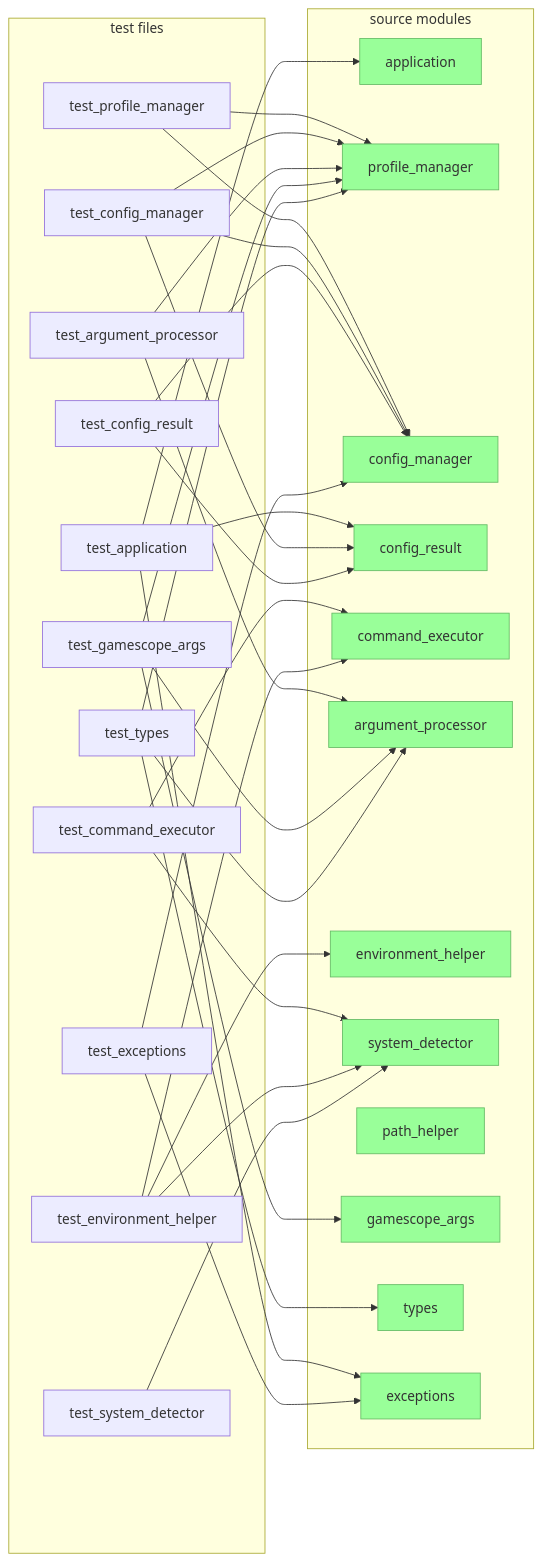
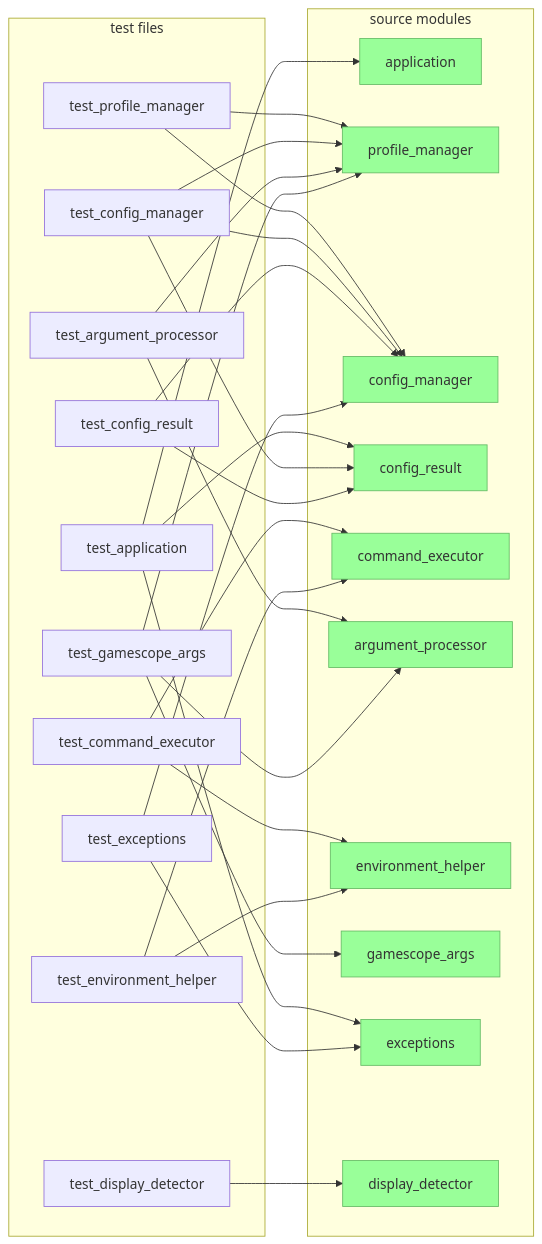
The first of 3 diagrams in tests/TEST_DESIGN.md (WombatFromHell/neoscopebuddy), drawn with Mermaid before and after one commit. The commit also changed other lines of this file and 26 other files, not shown here.

````diff
--- a/tests/TEST_DESIGN.md
+++ b/tests/TEST_DESIGN.md
@@ -7,81 +7,71 @@
 ```mermaid
 graph LR
     subgraph "source modules"
         application
         profile_manager
         config_manager
         config_result
         command_executor
         argument_processor
         environment_helper
-        system_detector
-        path_helper
         gamescope_args
-        types
         exceptions
+        display_detector
     end
 
     subgraph "test files"
         t_app["test_application"]
         t_prof["test_profile_manager"]
         t_cfg["test_config_manager"]
         t_cmd["test_command_executor"]
         t_arg["test_argument_processor"]
         t_env["test_environment_helper"]
-        t_sys["test_system_detector"]
         t_ga["test_gamescope_args"]
         t_cr["test_config_result"]
-        t_types["test_types"]
         t_exc["test_exceptions"]
+        t_dd["test_display_detector"]
     end
 
     t_app --> application
     t_app --> config_result
     t_app --> exceptions
 
     t_prof --> profile_manager
     t_prof --> config_manager
 
     t_cfg --> config_manager
     t_cfg --> config_result
     t_cfg --> profile_manager
 
     t_cmd --> command_executor
-    t_cmd --> system_detector
+    t_cmd --> environment_helper
 
     t_arg --> argument_processor
     t_arg --> profile_manager
 
     t_env --> environment_helper
     t_env --> command_executor
-    t_env --> system_detector
-
-    t_sys --> system_detector
 
     t_ga --> gamescope_args
     t_ga --> argument_processor
     t_ga --> profile_manager
 
+    t_dd --> display_detector
+
     t_cr --> config_result
     t_cr --> config_manager
-
-    t_types --> types
-    t_types --> argument_processor
-    t_types --> profile_manager
 
     t_exc --> exceptions
     t_exc --> config_manager
 
     style application fill:#9f9,stroke:#6b6
     style profile_manager fill:#9f9,stroke:#6b6
     style config_manager fill:#9f9,stroke:#6b6
     style config_result fill:#9f9,stroke:#6b6
     style command_executor fill:#9f9,stroke:#6b6
     style argument_processor fill:#9f9,stroke:#6b6
     style environment_helper fill:#9f9,stroke:#6b6
-    style system_detector fill:#9f9,stroke:#6b6
-    style path_helper fill:#9f9,stroke:#6b6
     style gamescope_args fill:#9f9,stroke:#6b6
-    style types fill:#9f9,stroke:#6b6
     style exceptions fill:#9f9,stroke:#6b6
+    style display_detector fill:#9f9,stroke:#6b6
 ```
````
